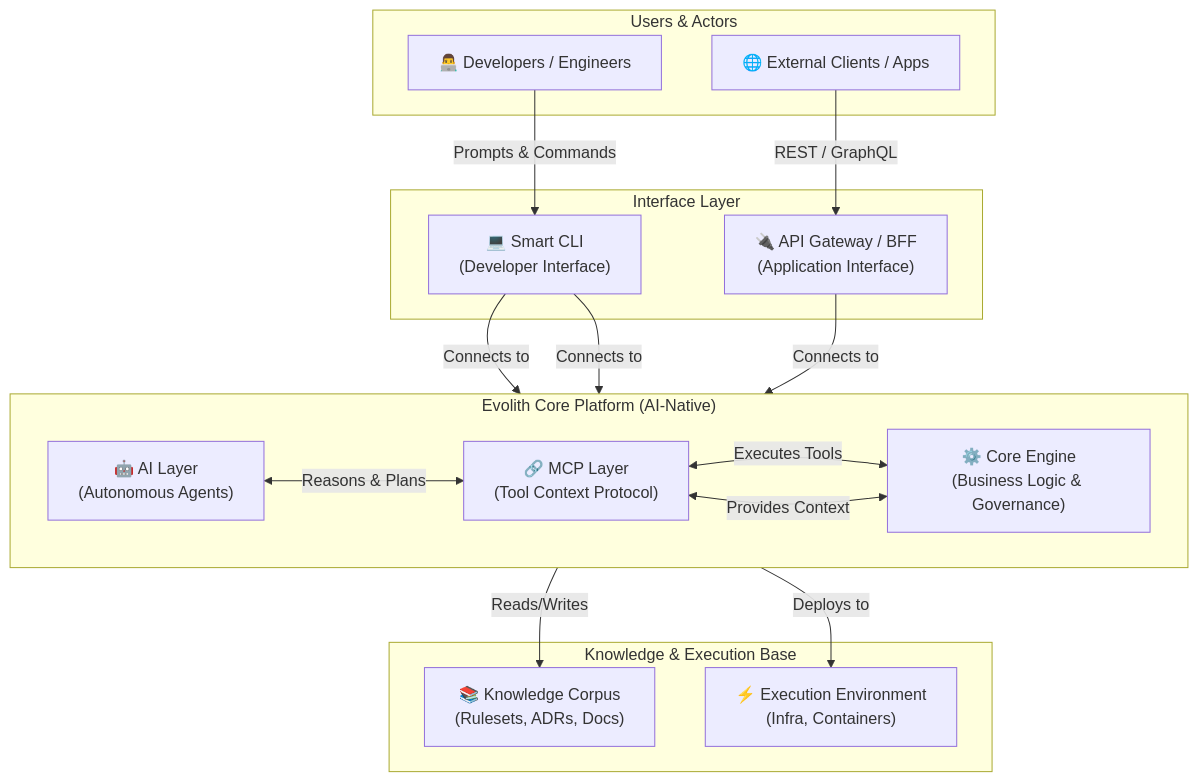
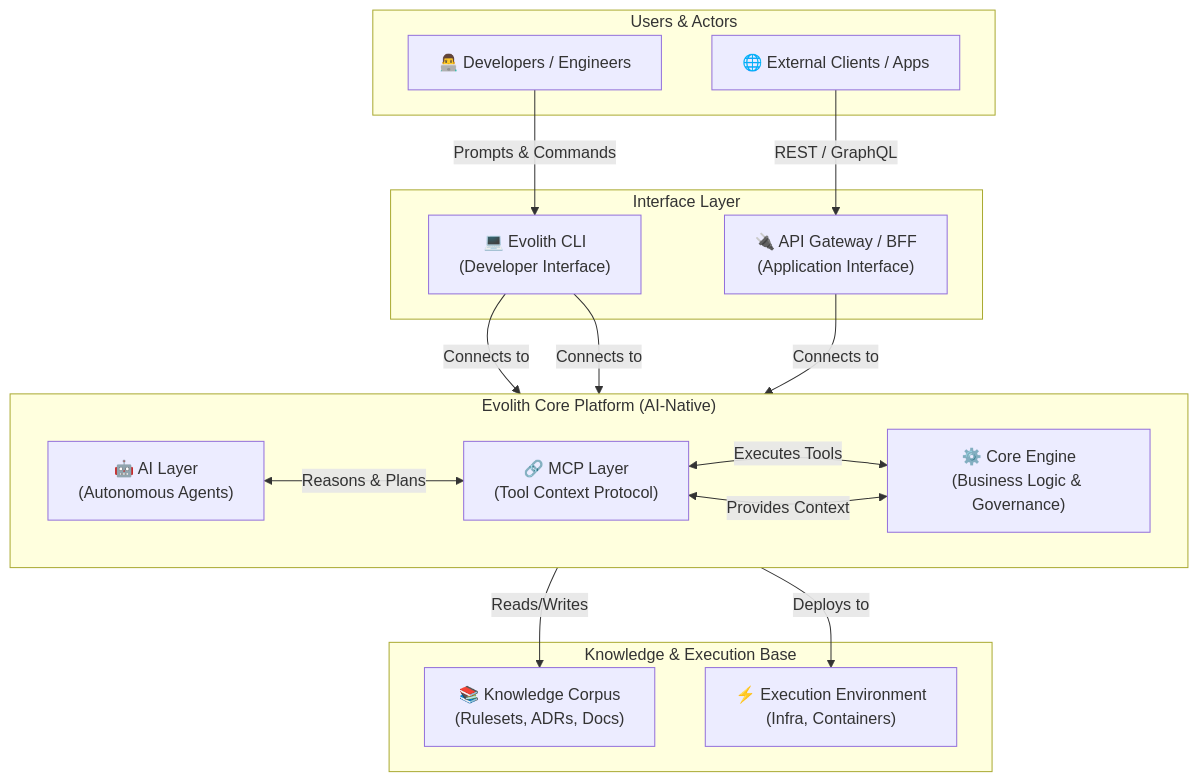
One commit to beyondnetcode/evolith_arch32 changed the first of 6 diagrams in reference/core/architecture/blueprints/evolith-core-architecture.md. Above: the diagram before and after it, drawn with Mermaid. The commit also changed other lines of this file and 195 other files, not shown here.

First line of the commit message:
refactor(brand): align "Smart CLI" → "Evolith CLI" across docs, code, npm, and assemblies

````diff
--- a/reference/core/architecture/blueprints/evolith-core-architecture.md
+++ b/reference/core/architecture/blueprints/evolith-core-architecture.md
@@ -11,43 +11,43 @@
 ```mermaid
 flowchart TB
     %% Users
     subgraph Users ["Users & Actors"]
         DEV["👨‍💻 Developers / Engineers"]
         CLIENT["🌐 External Clients / Apps"]
     end
 
     %% Interfaces
     subgraph Interfaces ["Interface Layer"]
-        CLI["💻 Smart CLI\n(Developer Interface)"]
+        CLI["💻 Evolith CLI\n(Developer Interface)"]
         API["🔌 API Gateway / BFF\n(Application Interface)"]
     end
 
     %% Platform Core
     subgraph Platform ["Evolith Core Platform (AI-Native)"]
         direction LR
         AI["🤖 AI Layer\n(Autonomous Agents)"]
         MCP["🔗 MCP Layer\n(Tool Context Protocol)"]
         CORE["⚙️ Core Engine\n(Business Logic & Governance)"]
 
         AI <-->|Reasons & Plans| MCP
         MCP <-->|Executes Tools| CORE
         CORE <-->|Provides Context| MCP
     end
 
     %% Foundation
     subgraph Foundation ["Knowledge & Execution Base"]
         KNOW["📚 Knowledge Corpus\n(Rulesets, ADRs, Docs)"]
         EXEC["⚡ Execution Environment\n(Infra, Containers)"]
     end
 
     %% Relationships
     DEV -->|Prompts & Commands| CLI
     CLIENT -->|REST / GraphQL| API
 
     CLI -->|Connects to| AI
     CLI -->|Connects to| CORE
     API -->|Connects to| CORE
 
     CORE -->|Reads/Writes| KNOW
     CORE -->|Deploys to| EXEC
 ```
````
